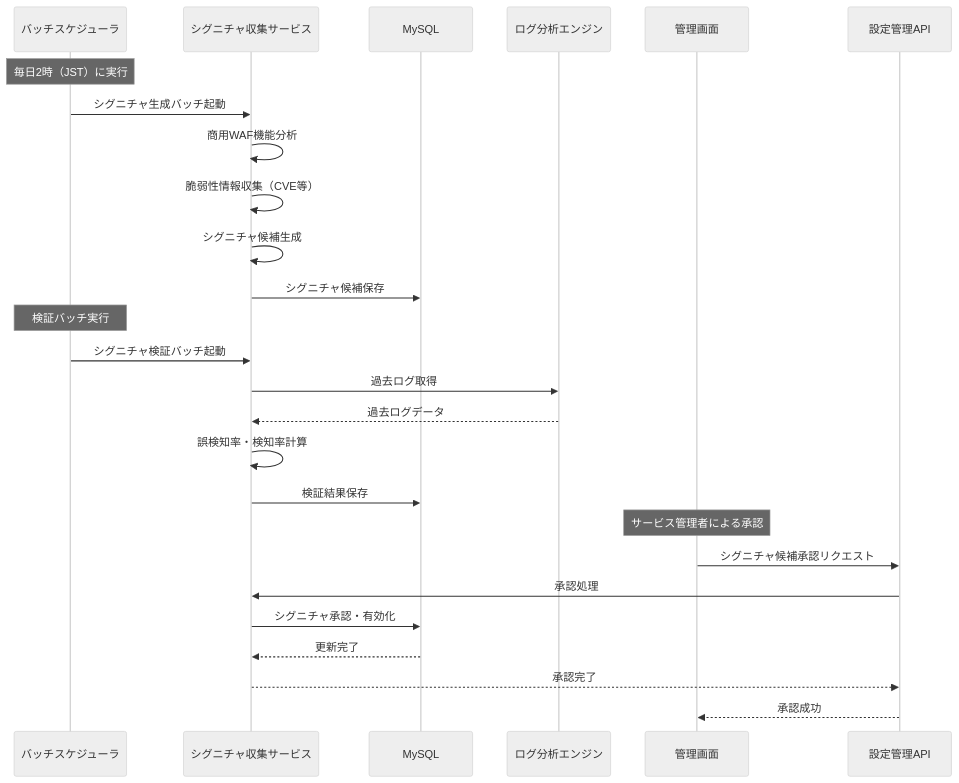
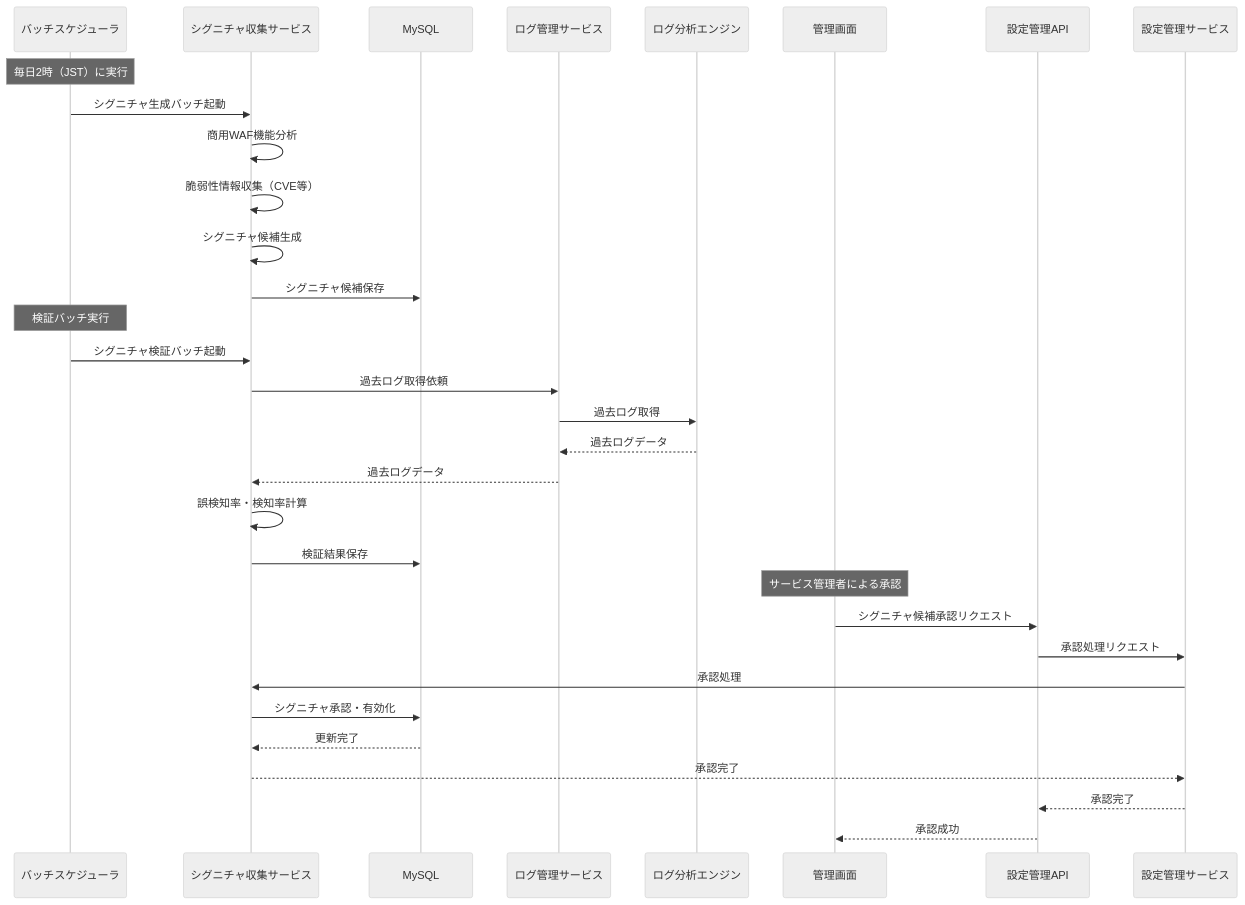
One commit to kencom2400/MrWebDefence-Design changed the sixth of 13 diagrams in DESIGN.md. Above: the diagram before and after it, drawn with Mermaid (neutral theme). The commit also changed other lines of this file and 1 other file, not shown here.

Commit message:
fix(MWD-19): Geminiレビュー指摘に対応 - コンポーネント構成図との整合性を確保
- ログ転送フロー: LogForwarderを追加し、LogAnalyzer → LogForwarder → Storageの流れに修正
- シグニチャ収集フロー:
  - LogServiceを追加し、SigService → LogService → LogAnalyzerの流れに修正
  - ConfigServiceを追加し、ConfigAPI → ConfigService → SigServiceの流れに修正
- PRレビュールールに「シーケンス図とコンポーネント構成図の整合性」観点を追加

コンポーネント構成図（3.1.3.1）と責務定義（3.1.3.2）に合わせて、シーケンス図を修正し、設計書全体の一貫性を向上。

````diff
--- a/DESIGN.md
+++ b/DESIGN.md
@@ -609,31 +611,37 @@
 ```mermaid
 sequenceDiagram
     participant Batch as バッチスケジューラ
     participant SigService as シグニチャ収集サービス
     participant DB as MySQL
+    participant LogService as ログ管理サービス
     participant LogAnalyzer as ログ分析エンジン
     participant UI as 管理画面
     participant ConfigAPI as 設定管理API
+    participant ConfigService as 設定管理サービス
 
     Note over Batch: 毎日2時（JST）に実行
     Batch->>SigService: シグニチャ生成バッチ起動
     SigService->>SigService: 商用WAF機能分析
     SigService->>SigService: 脆弱性情報収集（CVE等）
     SigService->>SigService: シグニチャ候補生成
     SigService->>DB: シグニチャ候補保存
 
     Note over Batch: 検証バッチ実行
     Batch->>SigService: シグニチャ検証バッチ起動
-    SigService->>LogAnalyzer: 過去ログ取得
-    LogAnalyzer-->>SigService: 過去ログデータ
+    SigService->>LogService: 過去ログ取得依頼
+    LogService->>LogAnalyzer: 過去ログ取得
+    LogAnalyzer-->>LogService: 過去ログデータ
+    LogService-->>SigService: 過去ログデータ
     SigService->>SigService: 誤検知率・検知率計算
     SigService->>DB: 検証結果保存
 
     Note over UI: サービス管理者による承認
     UI->>ConfigAPI: シグニチャ候補承認リクエスト
-    ConfigAPI->>SigService: 承認処理
+    ConfigAPI->>ConfigService: 承認処理リクエスト
+    ConfigService->>SigService: 承認処理
     SigService->>DB: シグニチャ承認・有効化
     DB-->>SigService: 更新完了
-    SigService-->>ConfigAPI: 承認完了
+    SigService-->>ConfigService: 承認完了
+    ConfigService-->>ConfigAPI: 承認完了
     ConfigAPI-->>UI: 承認成功
 ```
````
